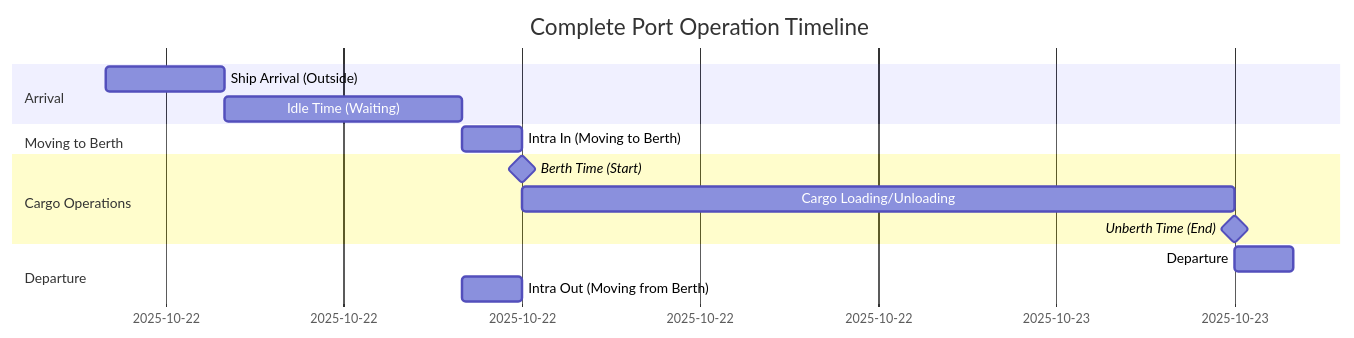
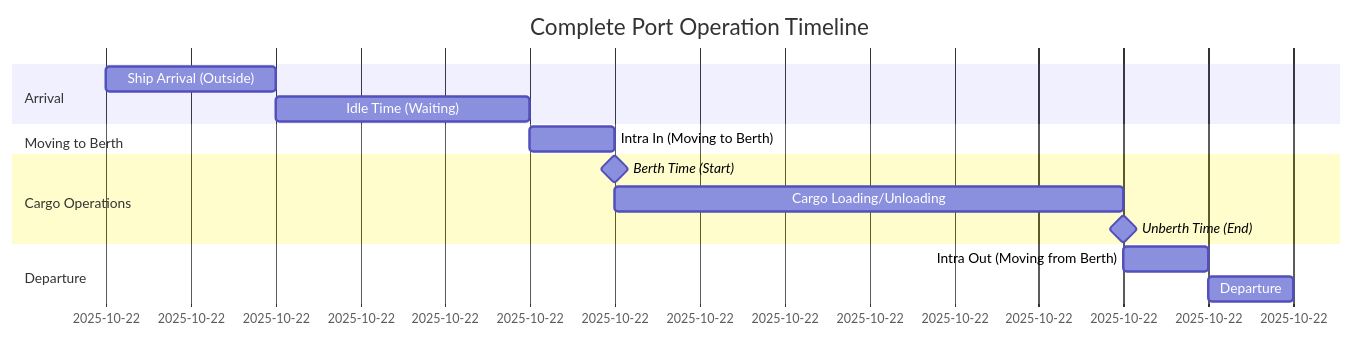
Before and after one commit to NguyenPhamCode4You/ai-home-lab-docker-compose: the sixth of 20 diagrams in transcribe/VesselReport_Final_Documentation.md, drawn with Mermaid. The commit also changed other lines of this file, not shown here.

````diff
--- a/transcribe/VesselReport_Final_Documentation.md
+++ b/transcribe/VesselReport_Final_Documentation.md
@@ -323,17 +323,22 @@
 ```mermaid
 gantt
     title Complete Port Operation Timeline
     dateFormat HH:mm
+
     section Arrival
     Ship Arrival (Outside)     :a1, 08:00, 2h
-    Idle Time (Waiting)       :a2, after a1, 4h
+    Idle Time (Waiting)        :a2, after a1, 3h
+
     section Moving to Berth
-    Intra In (Moving to Berth)   :a3, after a2, 1h
+    Intra In (Moving to Berth) :a3, after a2, 1h
+
     section Cargo Operations
-    Berth Time (Start)        :milestone, after a3, 0h
-    Cargo Loading/Unloading   :a4, after a3, 12h
-    Unberth Time (End)        :milestone, after a4, 0h
+    Berth Time (Start)         :milestone, after a3, 0h
+    Cargo Loading/Unloading    :a4, after a3, 6h
+    Unberth Time (End)         :milestone, after a4, 0h
+
     section Departure
-    Departure                 :a5, after a4, 1h
-    Intra Out (Moving from Berth)   :a3, after a2, 1h
+    Intra Out (Moving from Berth) :a5, after a4, 1h
+    Departure                    :a6, after a5, 1h
+
 ```
````
